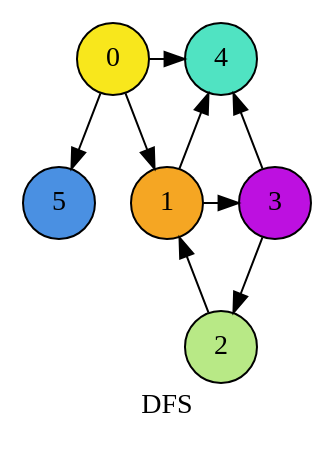
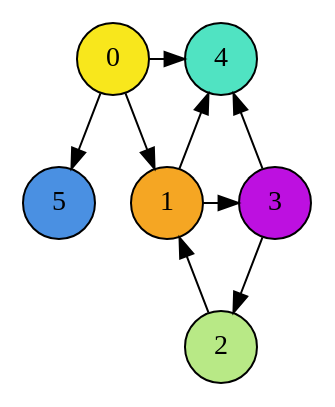
Before and after one commit to amejiarosario/dsa.js-data-structures-algorithms-javascript: the diagram in book/chapters/graph-search.adoc, drawn with Graphviz. The commit also changed other lines of this file and 7 other files, not shown here.

```diff
--- a/book/chapters/graph-search.adoc
+++ b/book/chapters/graph-search.adoc
@@ -11,28 +9,28 @@
-[graphviz, dfs-graph, png]
+[graphviz, directed graph, png]
 ....
 digraph G {
 
      node [fillcolor="#F8E71C" style=filled shape=circle] 0;
      node [fillcolor="#F5A623"] 1;
      node [fillcolor="#B8E986"] 2;
      node [fillcolor="#BD10E0"] 3;
      node [fillcolor="#50E3C2"] 4;
      node [fillcolor="#4A90E2"] 5;
     //  node [fillcolor="#FF5252"] 6;
 
         0 -> 5
         0 -> 4
         0 -> 1
         1 -> 4
         1 -> 3
         2 -> 1
         3 -> 4
         3 -> 2
 
-    label="DFS"
+    // label="DFS"
 
     { rank=same; 3, 1 }
     { rank=same; 0, 4 }
 
 }
 ....
```
